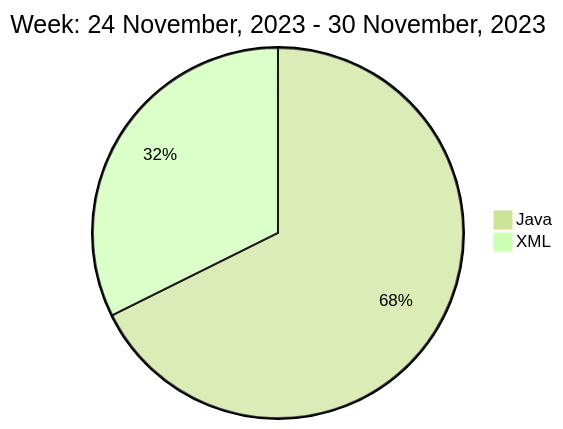
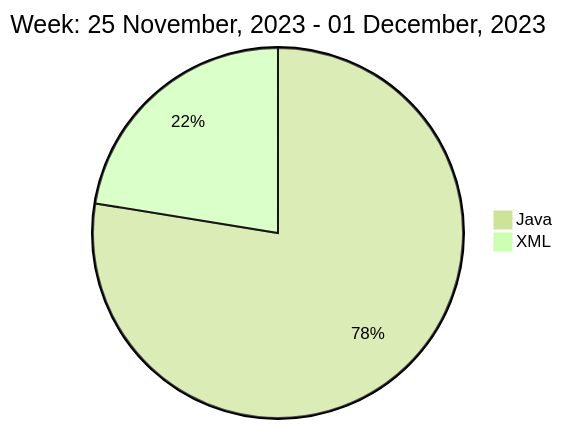
One commit to liubin95/liubin95 changed the diagram in README.md. Above: the diagram before and after it, drawn with Mermaid (forest theme).

Commit message:
Updated the Graph with new Metrics

````diff
--- a/README.md
+++ b/README.md
@@ -37,6 +37,6 @@
 ```mermaid
  pie
-title Week: 24 November, 2023 - 30 November, 2023
- "Java" : 4.98
- "XML" : 2.38
+title Week: 25 November, 2023 - 01 December, 2023
+ "Java" : 6.67
+ "XML" : 1.93
 ```
````
